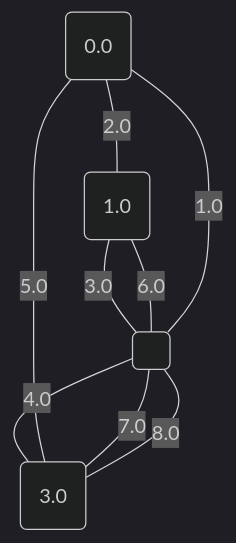
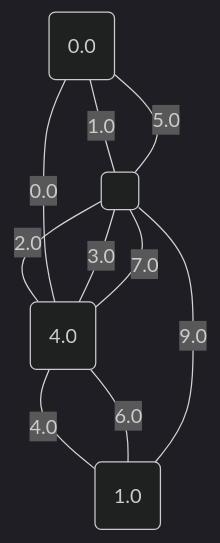
Diagram 13 of 17 in project/src/testing/showcase/minCutPetersen.md (metury/graphs), drawn with Mermaid (dark theme) before and after one commit. The commit also changed other lines of this file and 33 other files, not shown here.

````diff
--- a/project/src/testing/showcase/minCutPetersen.md
+++ b/project/src/testing/showcase/minCutPetersen.md
@@ -334,15 +335,16 @@
 ```mermaid
 graph TD;
 	0("0.0");
 	1("1.0");
-	2("3.0");
+	2("4.0");
 	3(" ");
-	3 -- "1.0" --- 0;
-	0 -- "2.0" --- 1;
-	1 -- "3.0" --- 3;
-	3 -- "4.0" --- 2;
-	0 -- "5.0" --- 2;
-	1 -- "6.0" --- 3;
-	3 -- "7.0" --- 2;
-	2 -- "8.0" --- 3;
+	2 -- "0.0" --- 0;
+	0 -- "1.0" --- 3;
+	3 -- "2.0" --- 2;
+	2 -- "3.0" --- 3;
+	2 -- "4.0" --- 1;
+	0 -- "5.0" --- 3;
+	2 -- "6.0" --- 1;
+	2 -- "7.0" --- 3;
+	1 -- "9.0" --- 3;
 ```
````
